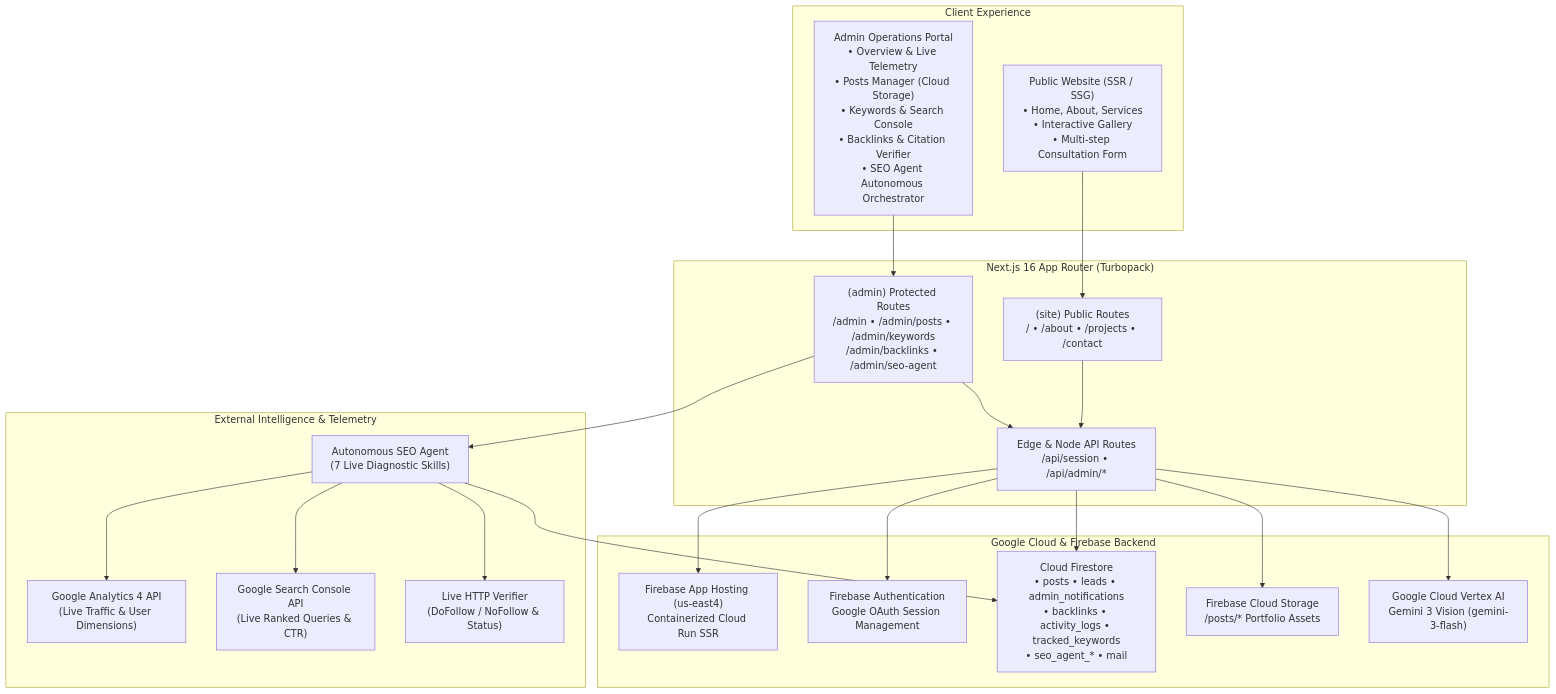
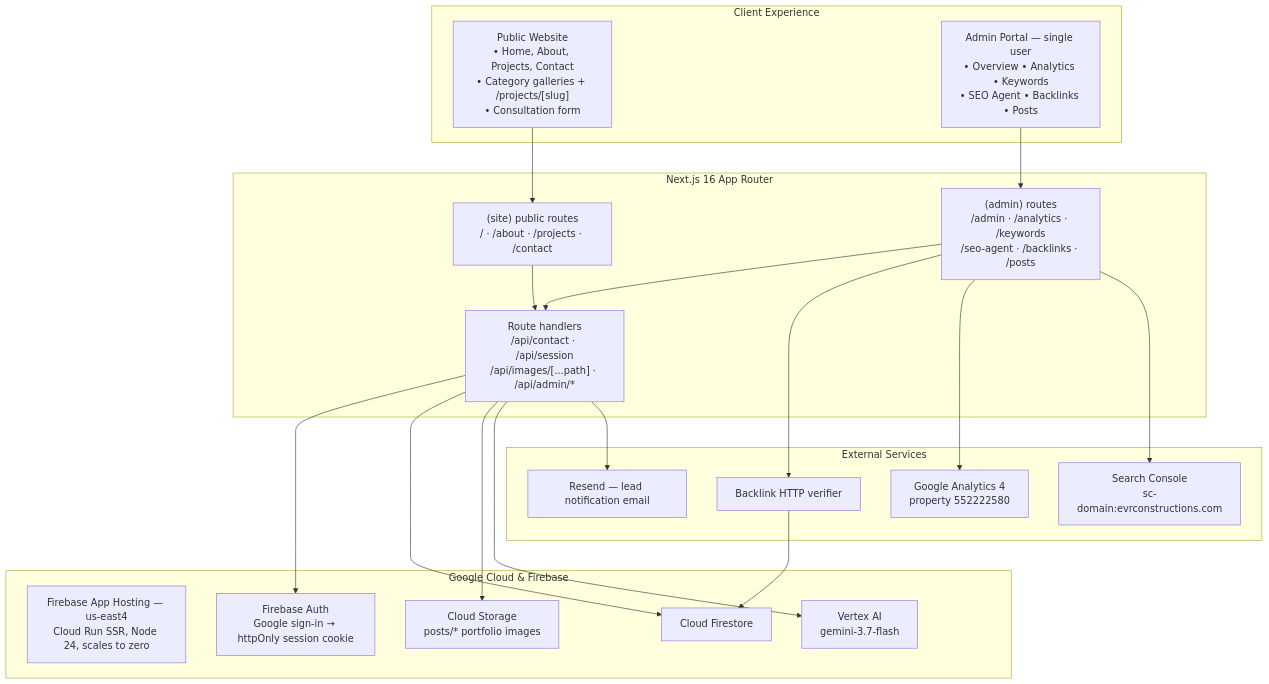
One commit to evrconstruction/evrconstruction changed the first of 2 diagrams in README.md. Above: the diagram before and after it, drawn with Mermaid. The commit also changed other lines of this file and 1 other file, not shown here.

````diff
--- a/README.md
+++ b/README.md
@@ -9,45 +11,44 @@
 ```mermaid
 flowchart TB
     subgraph ClientLayer ["Client Experience"]
-        PublicSite["Public Website (SSR / SSG)\n• Home, About, Services\n• Interactive Gallery\n• Multi-step Consultation Form"]
-        AdminSuite["Admin Operations Portal\n• Overview & Live Telemetry\n• Posts Manager (Cloud Storage)\n• Keywords & Search Console\n• Backlinks & Citation Verifier\n• SEO Agent Autonomous Orchestrator"]
+        PublicSite["Public Website<br/>• Home, About, Projects, Contact<br/>• Category galleries + /projects/[slug]<br/>• Consultation form"]
+        AdminSuite["Admin Portal — single user<br/>• Overview • Analytics • Keywords<br/>• SEO Agent • Backlinks • Posts"]
     end
 
-    subgraph AppLayer ["Next.js 16 App Router (Turbopack)"]
-        SiteRoutes["(site) Public Routes\n/ • /about • /projects • /contact"]
-        AdminRoutes["(admin) Protected Routes\n/admin • /admin/posts • /admin/keywords\n/admin/backlinks • /admin/seo-agent"]
-        APIRoutes["Edge & Node API Routes\n/api/session • /api/admin/*"]
+    subgraph AppLayer ["Next.js 16 App Router"]
+        SiteRoutes["(site) public routes<br/>/ · /about · /projects · /contact"]
+        AdminRoutes["(admin) routes<br/>/admin · /analytics · /keywords<br/>/seo-agent · /backlinks · /posts"]
+        APIRoutes["Route handlers<br/>/api/contact · /api/session<br/>/api/images/[...path] · /api/admin/*"]
     end
 
-    subgraph FirebaseLayer ["Google Cloud & Firebase Backend"]
-        AppHosting["Firebase App Hosting (us-east4)\nContainerized Cloud Run SSR"]
-        FirebaseAuth["Firebase Authentication\nGoogle OAuth Session Management"]
-        Firestore["Cloud Firestore\n• posts • leads • admin_notifications\n• backlinks • activity_logs • tracked_keywords\n• seo_agent_* • mail"]
-        CloudStorage["Firebase Cloud Storage\n/posts/* Portfolio Assets"]
-        VertexAI["Google Cloud Vertex AI\nGemini 3 Vision (gemini-3-flash)"]
+    subgraph FirebaseLayer ["Google Cloud & Firebase"]
+        AppHosting["Firebase App Hosting — us-east4<br/>Cloud Run SSR, Node 24, scales to zero"]
+        FirebaseAuth["Firebase Auth<br/>Google sign-in → httpOnly session cookie"]
+        Firestore["Cloud Firestore"]
+        CloudStorage["Cloud Storage<br/>posts/* portfolio images"]
+        VertexAI["Vertex AI<br/>gemini-3.7-flash"]
     end
 
-    subgraph IntelligenceLayer ["External Intelligence & Telemetry"]
-        GA4["Google Analytics 4 API\n(Live Traffic & User Dimensions)"]
-        GSC["Google Search Console API\n(Live Ranked Queries & CTR)"]
-        Crawler["Live HTTP Verifier\n(DoFollow / NoFollow & Status)"]
-        AgentEngine["Autonomous SEO Agent\n(7 Live Diagnostic Skills)"]
+    subgraph IntelligenceLayer ["External Services"]
+        GA4["Google Analytics 4<br/>property 552222580"]
+        GSC["Search Console<br/>sc-domain:evrconstructions.com"]
+        Crawler["Backlink HTTP verifier"]
+        Resend["Resend — lead notification email"]
     end
 
     PublicSite --> SiteRoutes
     AdminSuite --> AdminRoutes
     SiteRoutes --> APIRoutes
     AdminRoutes --> APIRoutes
 
     APIRoutes --> FirebaseAuth
     APIRoutes --> Firestore
     APIRoutes --> CloudStorage
-    APIRoutes --> AppHosting
     APIRoutes --> VertexAI
+    APIRoutes --> Resend
 
-    AdminRoutes --> AgentEngine
-    AgentEngine --> GA4
-    AgentEngine --> GSC
-    AgentEngine --> Crawler
-    AgentEngine --> Firestore
+    AdminRoutes --> Crawler
+    Crawler --> Firestore
+    AdminRoutes --> GA4
+    AdminRoutes --> GSC
 ```
````
